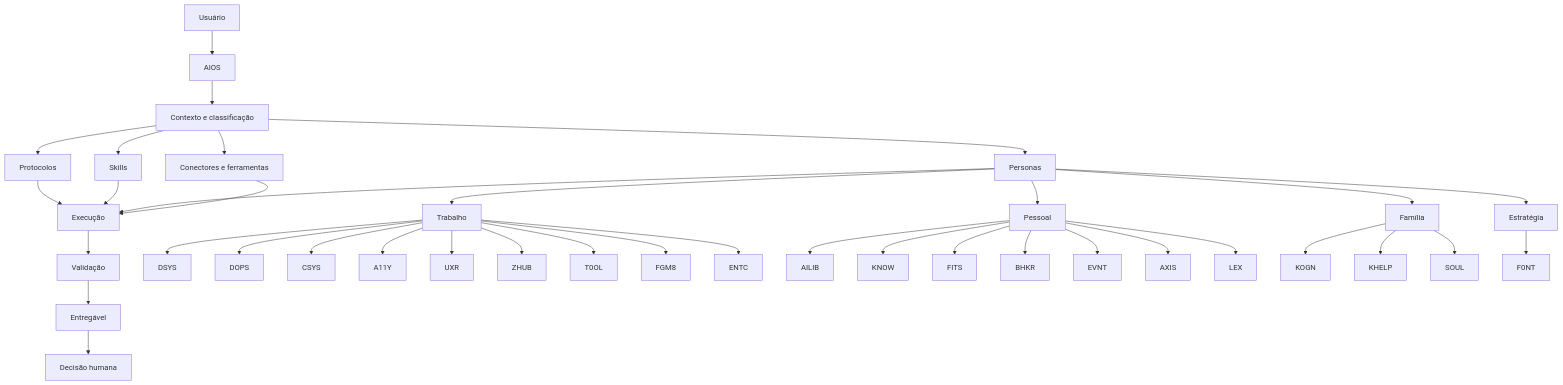
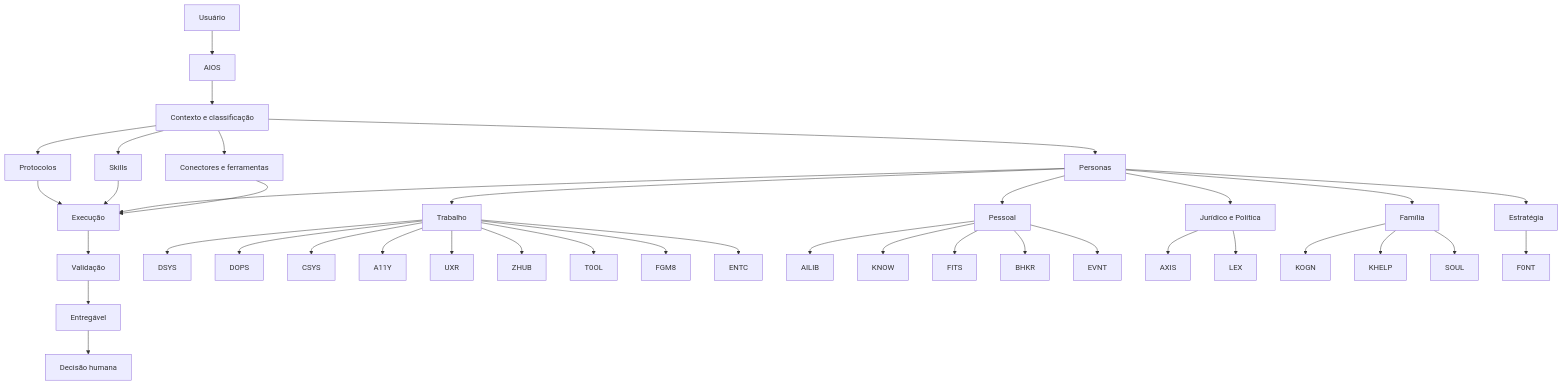
Before and after one commit to victorsmelo/aios-vmelo: the diagram in docs/aios-persona-map.md, drawn with Mermaid. The commit also changed other lines of this file and 277 other files, not shown here.

````diff
--- a/docs/aios-persona-map.md
+++ b/docs/aios-persona-map.md
@@ -5,41 +5,42 @@
 ```mermaid
 flowchart TD
   U[Usuário] --> A[AIOS]
   A --> C[Contexto e classificação]
   C --> P[Protocolos]
   C --> S[Skills]
   C --> D[Personas]
   C --> T[Conectores e ferramentas]
   P --> X[Execução]
   S --> X
   D --> X
   T --> X
   X --> V[Validação]
   V --> O[Entregável]
   O --> H[Decisão humana]
 
   D --> W[Trabalho]
   D --> PE[Pessoal]
   D --> F[Família]
   D --> E[Estratégia]
+  D --> J[Jurídico e Política]
   W --> DSYS[DSYS]
   W --> DOPS[DOPS]
   W --> CSYS[CSYS]
   W --> A11Y[A11Y]
   W --> UXR[UXR]
   W --> ZHUB[ZHUB]
   W --> T0OL[T0OL]
   W --> FGM8[FGM8]
   W --> ENTC[ENTC]
   PE --> AILIB[AILIB]
   PE --> KNOW[KNOW]
   PE --> FITS[FITS]
   PE --> BHKR[BHKR]
   PE --> EVNT[EVNT]
-  PE --> AXIS[AXIS]
-  PE --> LEX[LEX]
+  J --> AXIS[AXIS]
+  J --> LEX[LEX]
   F --> KOGN[KOGN]
   F --> KHELP[KHELP]
   F --> SOUL[SOUL]
   E --> F0NT[F0NT]
 ```
````
